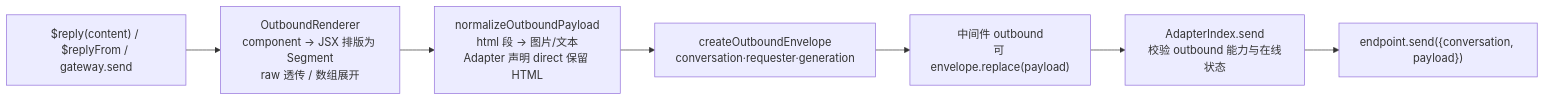
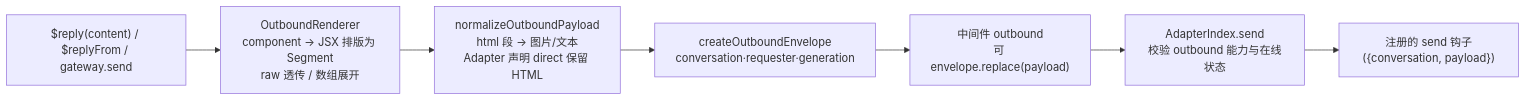
Before and after one commit to zhinjs/zhin: the second of 2 diagrams in docs/concepts/message-flow.md, drawn with Mermaid. The commit also changed other lines of this file and 658 other files, not shown here.

Commit message:
refactor(adapter): complete native-client account architecture

````diff
--- a/docs/concepts/message-flow.md
+++ b/docs/concepts/message-flow.md
@@ -99,9 +99,9 @@
 ```mermaid
 flowchart LR
     A["$reply(content) / $replyFrom / gateway.send"] --> R[OutboundRenderer<br/>component → JSX 排版为 Segment<br/>raw 透传 / 数组展开]
     R --> N[normalizeOutboundPayload<br/>html 段 → 图片/文本<br/>Adapter 声明 direct 保留 HTML]
     N --> V["createOutboundEnvelope<br/>conversation·requester·generation"]
     V --> MW["中间件 outbound<br/>可 envelope.replace(payload)"]
     MW --> S[AdapterIndex.send<br/>校验 outbound 能力与在线状态]
-    S --> E["endpoint.send({conversation, payload})"]
+    S --> E["注册的 send 钩子({conversation, payload})"]
 ```
````
